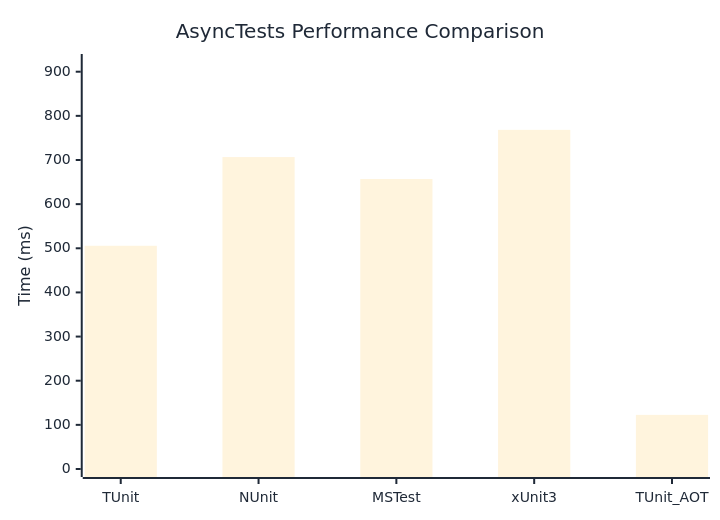
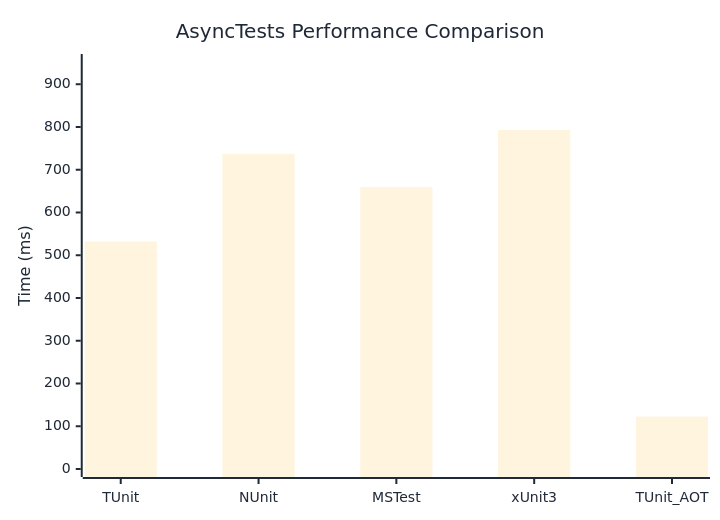
Before and after one commit to thomhurst/TUnit: the diagram in docs/docs/benchmarks/AsyncTests.md, drawn with Mermaid. The commit also changed other lines of this file and 17 other files, not shown here.

````diff
--- a/docs/docs/benchmarks/AsyncTests.md
+++ b/docs/docs/benchmarks/AsyncTests.md
@@ -27,37 +27,37 @@
 ```mermaid
 %%{init: {
   'theme':'base',
   'themeVariables': {
     'primaryColor': '#2563eb',
     'primaryTextColor': '#1f2937',
     'primaryBorderColor': '#1e40af',
     'lineColor': '#6b7280',
     'secondaryColor': '#7c3aed',
     'tertiaryColor': '#dc2626',
     'background': '#ffffff',
     'mainBkg': '#2563eb',
     'secondBkg': '#7c3aed',
     'tertiaryBkg': '#dc2626',
     'clusterBkg': '#f3f4f6',
     'edgeLabelBackground': '#ffffff',
     'tertiaryTextColor': '#1f2937',
     'pie1': '#2563eb',
     'pie2': '#7c3aed',
     'pie3': '#dc2626',
     'pie4': '#f59e0b',
     'pie5': '#10b981',
     'pie6': '#06b6d4',
     'pie7': '#ec4899',
     'pie8': '#6366f1',
     'pie9': '#84cc16',
     'pie10': '#f97316',
     'pie11': '#14b8a6',
     'pie12': '#a855f7'
   }
 }}%%
 xychart-beta
   title "AsyncTests Performance Comparison"
   x-axis ["TUnit", "NUnit", "MSTest", "xUnit3", "TUnit_AOT"]
-  y-axis "Time (ms)" 0 --> 922
-  bar [505.7, 706.6, 656.9, 768.3, 122.6]
+  y-axis "Time (ms)" 0 --> 952
+  bar [532.2, 737.3, 659.6, 792.9, 122.6]
 ```
````
